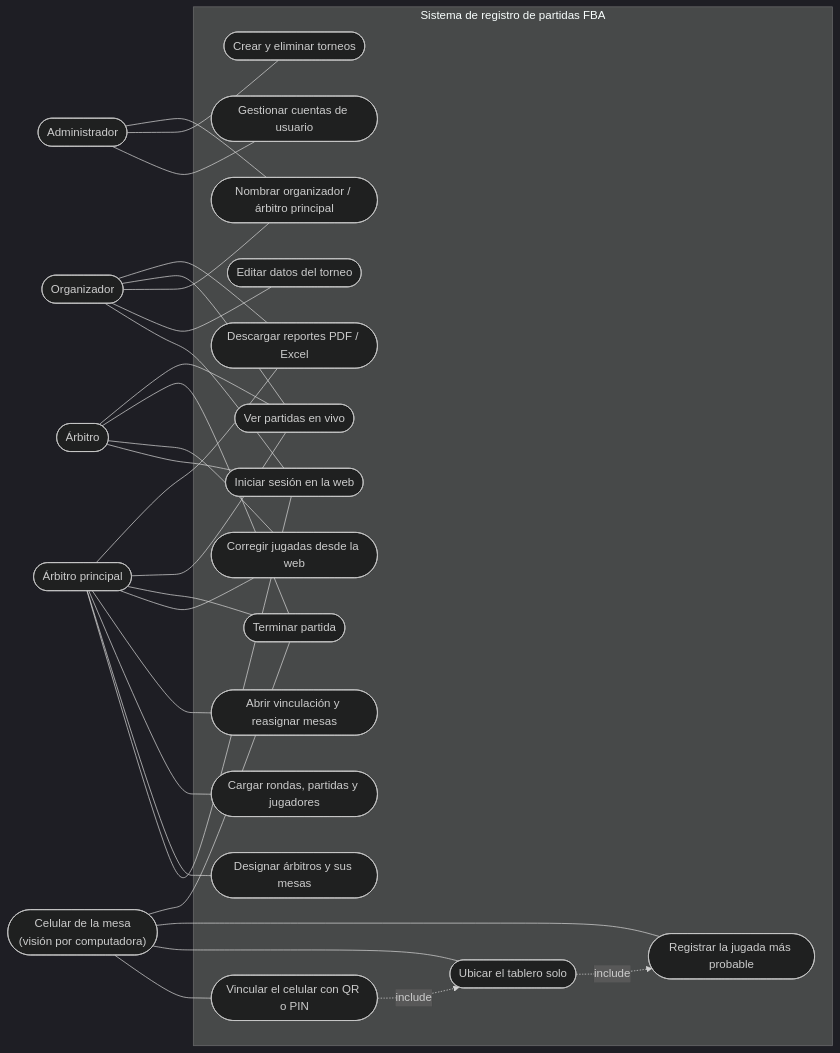
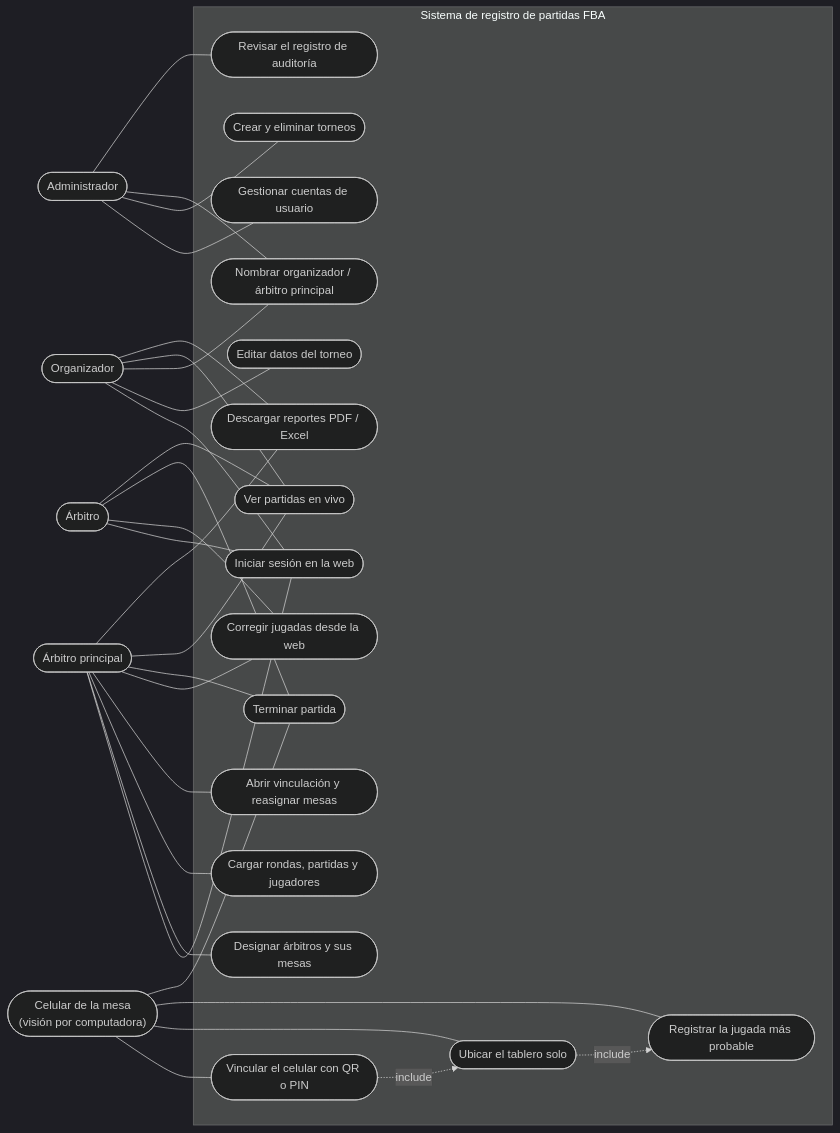
One commit to dj-t4b/ajedrez-vision-fba changed the diagram in docs/casos-de-uso.md. Above: the diagram before and after it, drawn with Mermaid (dark theme). The commit also changed other lines of this file and 4 other files, not shown here.

Commit message:
Docs: auditoría, Wi-Fi local paso a paso, captura del Registro

````diff
--- a/docs/casos-de-uso.md
+++ b/docs/casos-de-uso.md
@@ -5,34 +5,35 @@
 ```mermaid
 flowchart LR
     admin(["Administrador"])
     org(["Organizador"])
     ap(["Árbitro principal"])
     arb(["Árbitro"])
     cel(["Celular de la mesa<br/>(visión por computadora)"])
 
     subgraph sistema["Sistema de registro de partidas FBA"]
         cu1(["Iniciar sesión en la web"])
         cu2(["Gestionar cuentas de usuario"])
         cu3(["Crear y eliminar torneos"])
         cu4(["Editar datos del torneo"])
         cu5(["Nombrar organizador / árbitro principal"])
         cu6(["Designar árbitros y sus mesas"])
         cu7(["Cargar rondas, partidas y jugadores"])
         cu8(["Abrir vinculación y reasignar mesas"])
         cu9(["Vincular el celular con QR o PIN"])
         cu10(["Ubicar el tablero solo"])
         cu11(["Registrar la jugada más probable"])
         cu12(["Corregir jugadas desde la web"])
         cu13(["Terminar partida"])
         cu14(["Ver partidas en vivo"])
         cu15(["Descargar reportes PDF / Excel"])
+        cu16(["Revisar el registro de auditoría"])
     end
 
-    admin --- cu2 & cu3 & cu5
+    admin --- cu2 & cu3 & cu5 & cu16
     org --- cu1 & cu4 & cu5 & cu14 & cu15
     ap --- cu1 & cu6 & cu7 & cu8 & cu12 & cu13 & cu14 & cu15
     arb --- cu1 & cu12 & cu13 & cu14
     cel --- cu9 & cu10 & cu11 & cu13
     cu9 -. include .-> cu10
     cu10 -. include .-> cu11
 ```
````
